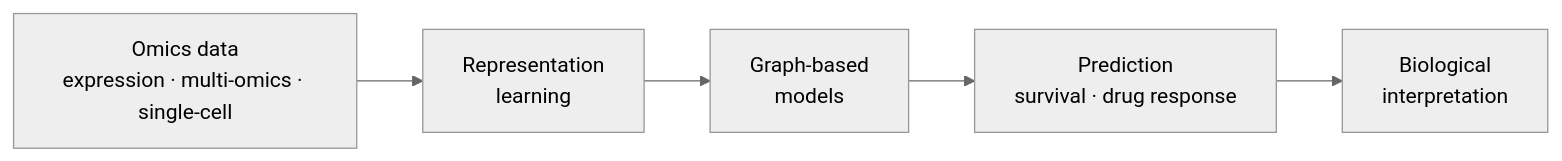
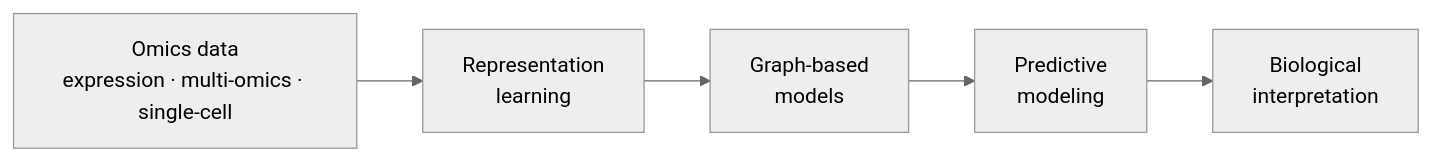
The diagram in README.md (AmirHosseinJeddi/AmirHosseinJeddi), drawn with Mermaid (neutral theme) before and after one commit.

````diff
--- a/README.md
+++ b/README.md
@@ -68,7 +68,7 @@
 ```mermaid
 flowchart LR
     A["Omics data<br/>expression · multi-omics · single-cell"] --> B["Representation<br/>learning"]
     B --> C["Graph-based<br/>models"]
-    C --> D["Prediction<br/>survival · drug response"]
+    C --> D["Predictive<br/>modeling"]
     D --> E["Biological<br/>interpretation"]
 ```
````
